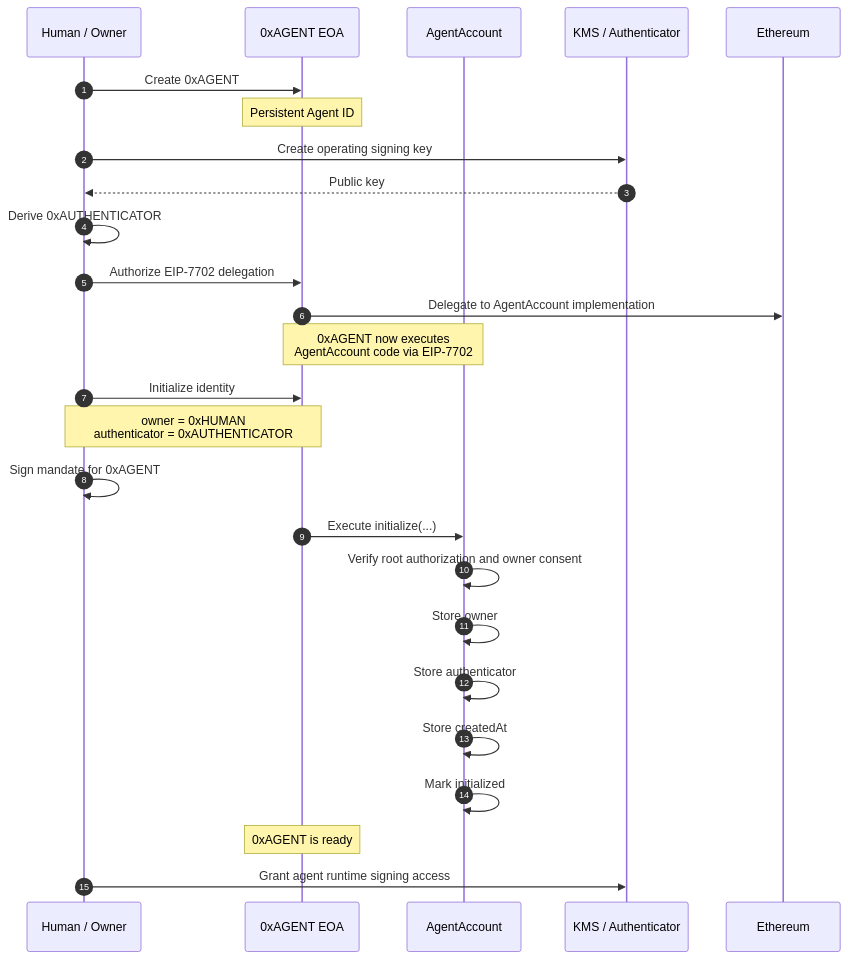
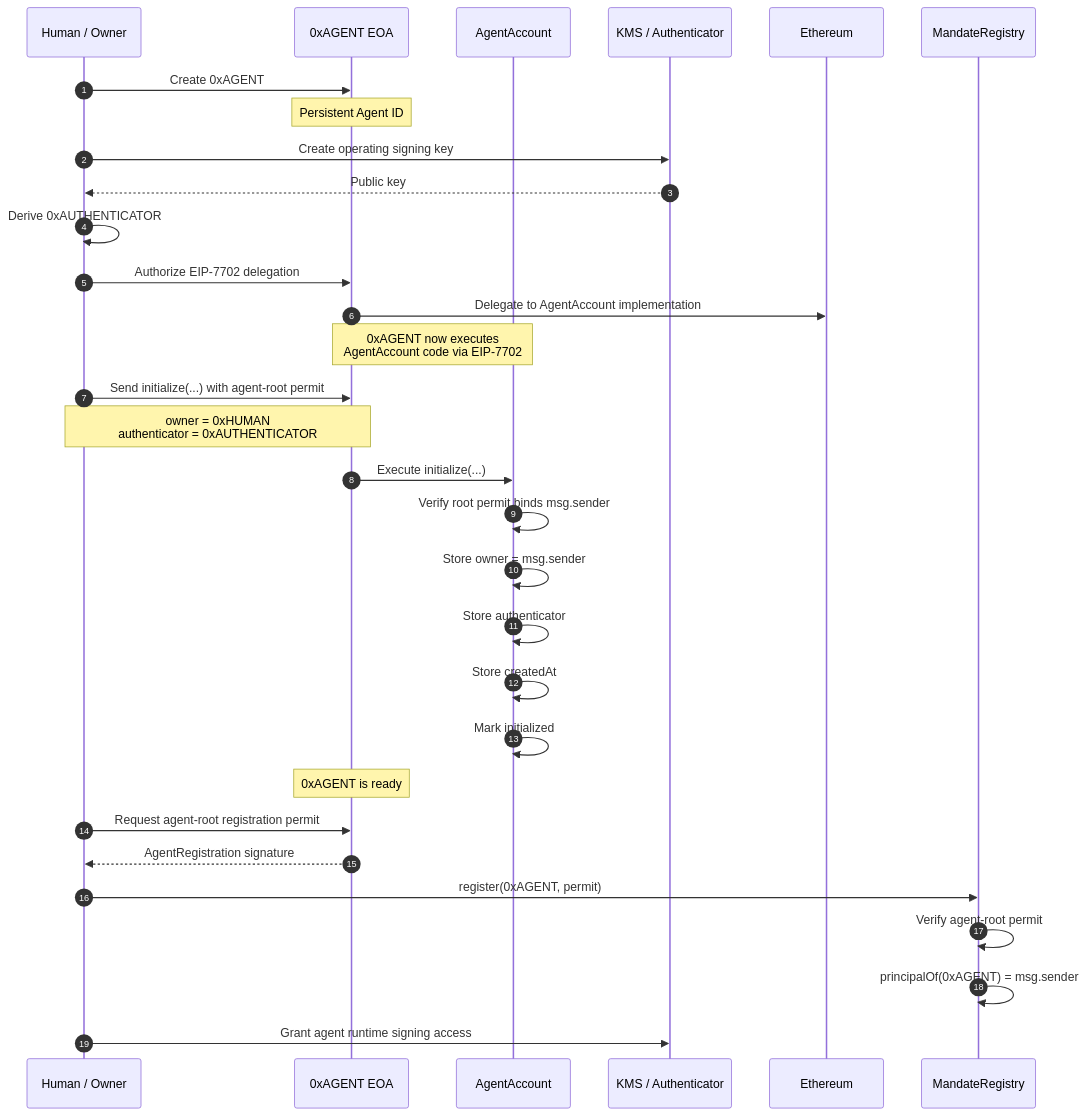
The first of 3 diagrams in docs/PROTOCOL.md (ryuux05/eth-tokyo-2026), drawn with Mermaid before and after one commit. The commit also changed other lines of this file and 11 other files, not shown here.

Commit message:
Build AgentAccount and mandate registry contracts

````diff
--- a/docs/PROTOCOL.md
+++ b/docs/PROTOCOL.md
@@ -36,37 +36,43 @@
 ```mermaid
 sequenceDiagram
     autonumber
 
     participant H as Human / Owner
     participant A as 0xAGENT EOA
     participant C as AgentAccount
     participant K as KMS / Authenticator
     participant E as Ethereum
+    participant M as MandateRegistry
 
     H->>A: Create 0xAGENT
     Note over A: Persistent Agent ID
 
     H->>K: Create operating signing key
     K-->>H: Public key
     H->>H: Derive 0xAUTHENTICATOR
 
     H->>A: Authorize EIP-7702 delegation
     A->>E: Delegate to AgentAccount implementation
 
     Note over A,C: 0xAGENT now executes<br/>AgentAccount code via EIP-7702
 
-    H->>A: Initialize identity
+    H->>A: Send initialize(...) with agent-root permit
     Note over H,A: owner = 0xHUMAN<br/>authenticator = 0xAUTHENTICATOR
-    H->>H: Sign mandate for 0xAGENT
 
     A->>C: Execute initialize(...)
-    C->>C: Verify root authorization and owner consent
-    C->>C: Store owner
+    C->>C: Verify root permit binds msg.sender
+    C->>C: Store owner = msg.sender
     C->>C: Store authenticator
     C->>C: Store createdAt
     C->>C: Mark initialized
 
     Note over A: 0xAGENT is ready
 
+    H->>A: Request agent-root registration permit
+    A-->>H: AgentRegistration signature
+    H->>M: register(0xAGENT, permit)
+    M->>M: Verify agent-root permit
+    M->>M: principalOf(0xAGENT) = msg.sender
+
     H->>K: Grant agent runtime signing access
 ```
````
